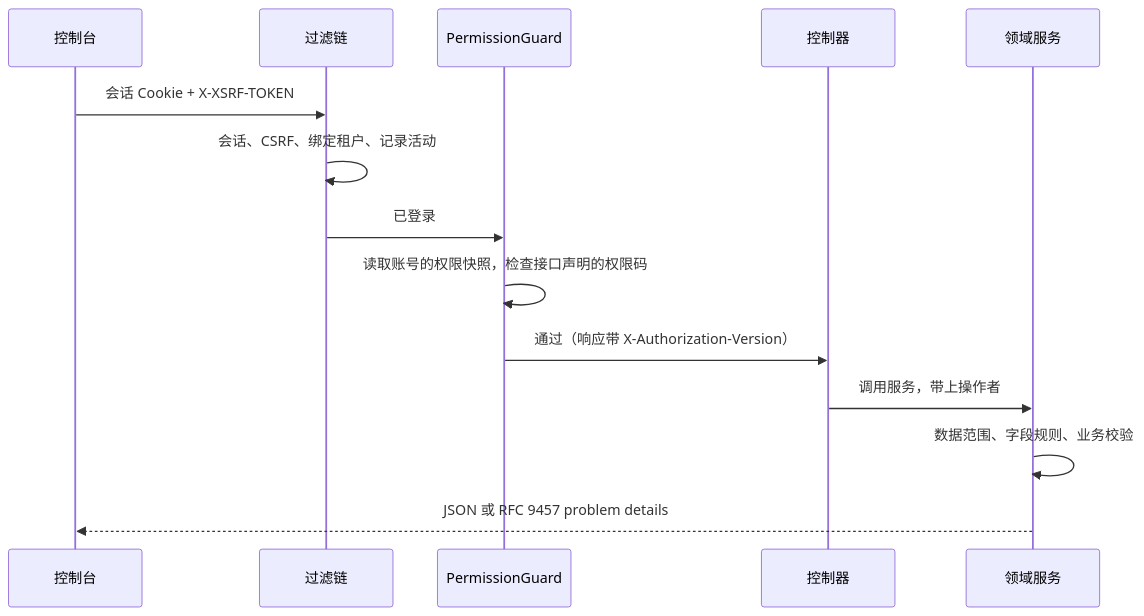
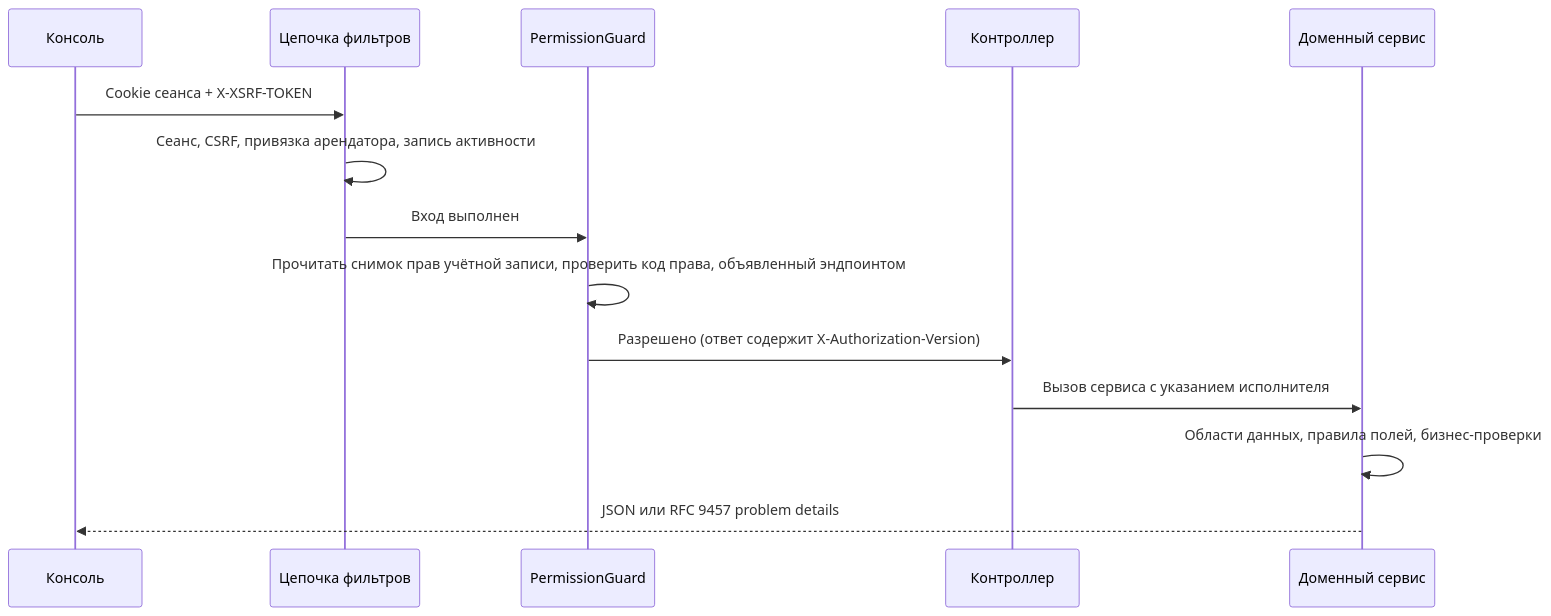
The second of 2 diagrams in docs/content/ru/architecture/overview.md (devlive-community/grantforge), drawn with Mermaid before and after one commit. The commit also changed 103 other files, not shown here.

````diff
--- a/docs/content/ru/architecture/overview.md
+++ b/docs/content/ru/architecture/overview.md
@@ -60,16 +60,16 @@
 ```mermaid
 sequenceDiagram
-  participant B as 控制台
-  participant F as 过滤链
+  participant B as Консоль
+  participant F as Цепочка фильтров
   participant G as PermissionGuard
-  participant C as 控制器
-  participant S as 领域服务
-  B->>F: 会话 Cookie + X-XSRF-TOKEN
-  F->>F: 会话、CSRF、绑定租户、记录活动
-  F->>G: 已登录
-  G->>G: 读取账号的权限快照，检查接口声明的权限码
-  G->>C: 通过（响应带 X-Authorization-Version）
-  C->>S: 调用服务，带上操作者
-  S->>S: 数据范围、字段规则、业务校验
-  S-->>B: JSON 或 RFC 9457 problem details
+  participant C as Контроллер
+  participant S as Доменный сервис
+  B->>F: Cookie сеанса + X-XSRF-TOKEN
+  F->>F: Сеанс, CSRF, привязка арендатора, запись активности
+  F->>G: Вход выполнен
+  G->>G: Прочитать снимок прав учётной записи, проверить код права, объявленный эндпоинтом
+  G->>C: Разрешено (ответ содержит X-Authorization-Version)
+  C->>S: Вызов сервиса с указанием исполнителя
+  S->>S: Области данных, правила полей, бизнес-проверки
+  S-->>B: JSON или RFC 9457 problem details
 ```
````
